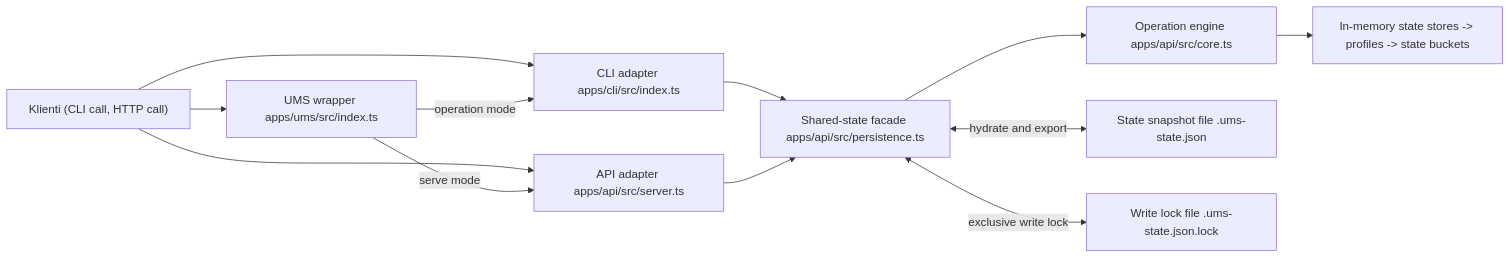
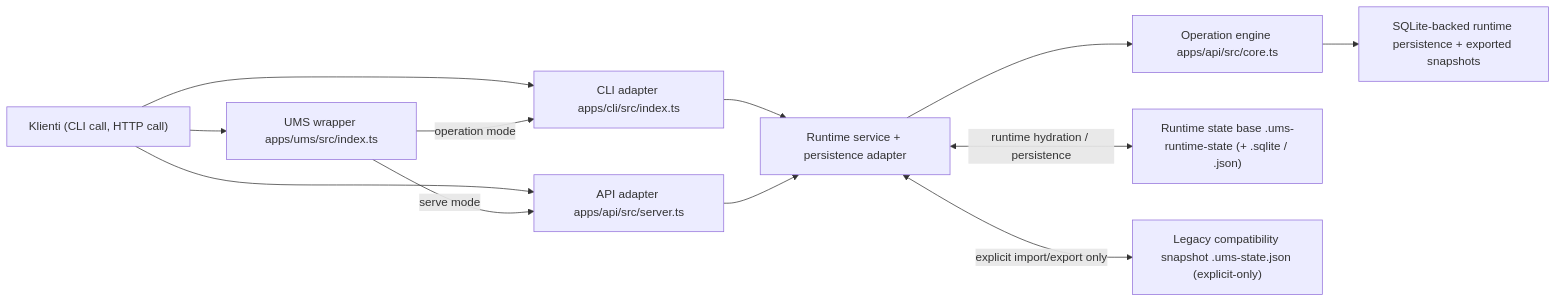
Before and after one commit to BleedingDev/ums-memory: the second of 4 diagrams in docs/system-diagram.md, drawn with Mermaid. The commit also changed other lines of this file and 214 other files, not shown here.

Commit message:
daemon/runtime: land bun-only daemon-first runtime and adapter parity

````diff
--- a/docs/system-diagram.md
+++ b/docs/system-diagram.md
@@ -29,26 +29,26 @@
 ```mermaid
 flowchart LR
   C1["Klienti (CLI call, HTTP call)"]
   C2["UMS wrapper apps/ums/src/index.ts"]
   C3["CLI adapter apps/cli/src/index.ts"]
   C4["API adapter apps/api/src/server.ts"]
-  C5["Shared-state facade apps/api/src/persistence.ts"]
+  C5["Runtime service + persistence adapter"]
   C6["Operation engine apps/api/src/core.ts"]
-  C7["In-memory state stores -> profiles -> state buckets"]
-  C8["State snapshot file .ums-state.json"]
-  C9["Write lock file .ums-state.json.lock"]
+  C7["SQLite-backed runtime persistence + exported snapshots"]
+  C8["Runtime state base .ums-runtime-state (+ .sqlite / .json)"]
+  C9["Legacy compatibility snapshot .ums-state.json (explicit-only)"]
 
   C1 --> C2
   C1 --> C3
   C1 --> C4
 
   C2 -->|operation mode| C3
   C2 -->|serve mode| C4
 
   C3 --> C5
   C4 --> C5
   C5 --> C6
   C6 --> C7
-  C5 <-->|hydrate and export| C8
-  C5 <-->|exclusive write lock| C9
+  C5 <-->|runtime hydration / persistence| C8
+  C5 <-->|explicit import/export only| C9
 ```
````
